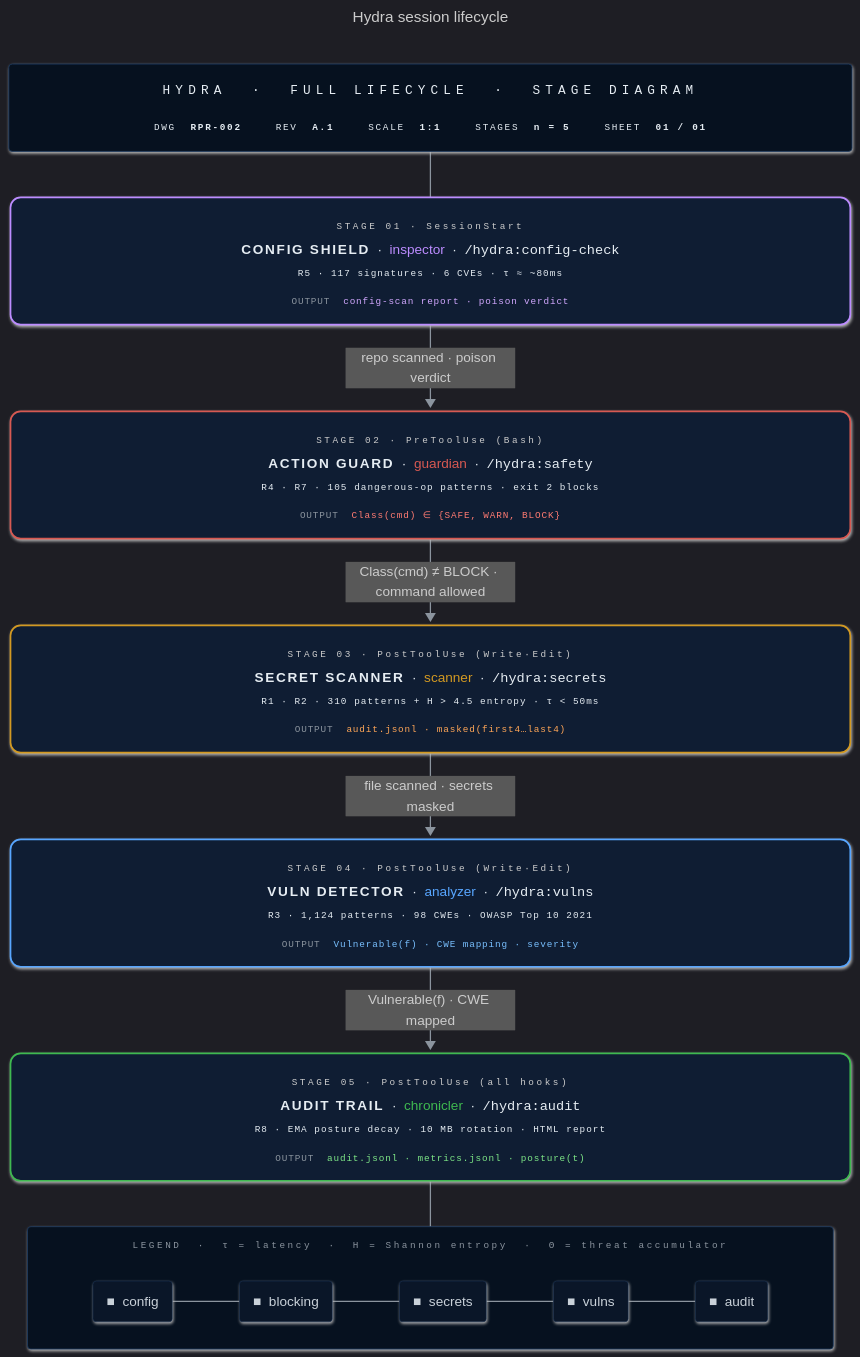
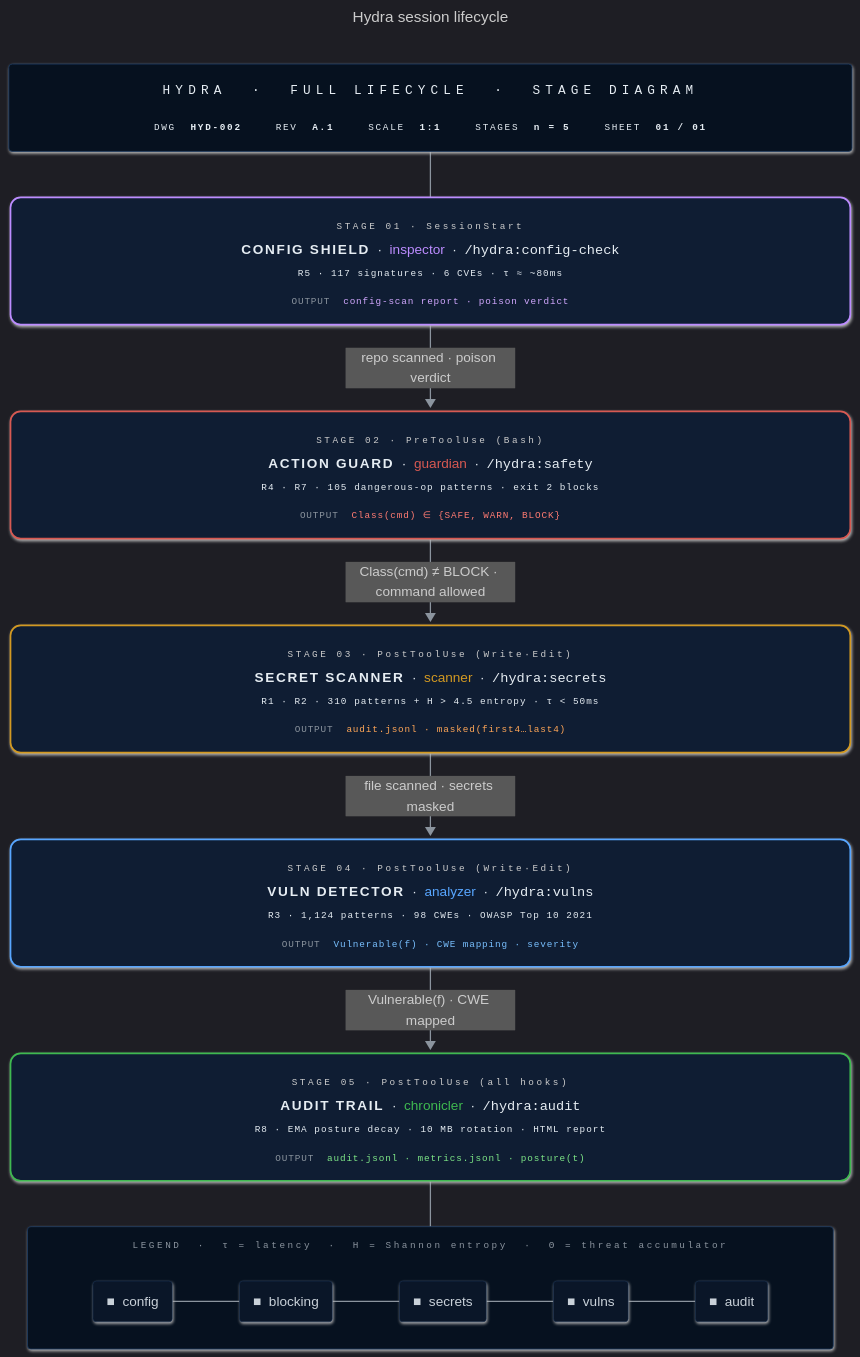
The diagram in docs/assets/lifecycle.mmd (enchanter-ai/hydra), drawn with Mermaid before and after one commit. The commit also changed 2 other files, not shown here.

Commit message:
fix: update old 3-letter drawing codes in .mmd title blocks

```diff
--- a/docs/assets/lifecycle.mmd
+++ b/docs/assets/lifecycle.mmd
@@ -1,55 +1,55 @@
 ---
 title: Hydra session lifecycle
 config:
   look: neo
   theme: dark
   flowchart:
     curve: basis
     padding: 18
     nodeSpacing: 44
     rankSpacing: 54
     htmlLabels: true
     subGraphTitleMargin:
       top: 14
       bottom: 18
 ---
 flowchart TB
-    TitleBlock["<div style='font-family:ui-monospace,SFMono-Regular,Consolas,monospace;text-align:center;min-width:940px;padding:6px 10px;line-height:1.8'><div style='color:#58a6ff;font-size:15px;letter-spacing:6px;border-bottom:1px solid #1e3a5f;padding-bottom:10px;margin-bottom:10px'>HYDRA &nbsp;·&nbsp; FULL&nbsp;LIFECYCLE &nbsp;·&nbsp; STAGE&nbsp;DIAGRAM</div><div style='display:flex;gap:40px;justify-content:center;font-size:11px;color:#8b949e;letter-spacing:2px'><span>DWG&nbsp;&nbsp;<b style='color:#e6edf3'>RPR-002</b></span><span>REV&nbsp;&nbsp;<b style='color:#e6edf3'>A.1</b></span><span>SCALE&nbsp;&nbsp;<b style='color:#e6edf3'>1:1</b></span><span>STAGES&nbsp;&nbsp;<b style='color:#e6edf3'>n&nbsp;=&nbsp;5</b></span><span>SHEET&nbsp;&nbsp;<b style='color:#e6edf3'>01&nbsp;/&nbsp;01</b></span></div></div>"]
+    TitleBlock["<div style='font-family:ui-monospace,SFMono-Regular,Consolas,monospace;text-align:center;min-width:940px;padding:6px 10px;line-height:1.8'><div style='color:#58a6ff;font-size:15px;letter-spacing:6px;border-bottom:1px solid #1e3a5f;padding-bottom:10px;margin-bottom:10px'>HYDRA &nbsp;·&nbsp; FULL&nbsp;LIFECYCLE &nbsp;·&nbsp; STAGE&nbsp;DIAGRAM</div><div style='display:flex;gap:40px;justify-content:center;font-size:11px;color:#8b949e;letter-spacing:2px'><span>DWG&nbsp;&nbsp;<b style='color:#e6edf3'>HYD-002</b></span><span>REV&nbsp;&nbsp;<b style='color:#e6edf3'>A.1</b></span><span>SCALE&nbsp;&nbsp;<b style='color:#e6edf3'>1:1</b></span><span>STAGES&nbsp;&nbsp;<b style='color:#e6edf3'>n&nbsp;=&nbsp;5</b></span><span>SHEET&nbsp;&nbsp;<b style='color:#e6edf3'>01&nbsp;/&nbsp;01</b></span></div></div>"]
 
     A["<div style='text-align:center;min-width:940px;line-height:2;padding:4px 8px'><div><span style='font-family:ui-monospace,monospace;color:#8b949e;font-size:11px;letter-spacing:3px'>STAGE&nbsp;01&nbsp;·&nbsp;SessionStart</span></div><div style='line-height:1.8'><b style='letter-spacing:2px'>CONFIG&nbsp;SHIELD</b>&nbsp;&nbsp;·&nbsp;&nbsp;<span style='color:#bc8cff'>inspector</span>&nbsp;&nbsp;·&nbsp;&nbsp;<code style='color:#e6edf3'>/hydra:config-check</code></div><div style='color:#6e7681;font-size:11px;font-family:ui-monospace,monospace;letter-spacing:1.2px'>R5&nbsp;·&nbsp;117&nbsp;signatures&nbsp;·&nbsp;6&nbsp;CVEs&nbsp;·&nbsp;τ&nbsp;≈&nbsp;~80ms</div><div style='border-top:1px solid #1e3a5f;margin-top:6px;padding-top:6px;font-family:ui-monospace,monospace;font-size:11px;letter-spacing:1px'><span style='color:#8b949e'>OUTPUT</span>&nbsp;&nbsp;<span style='color:#d2a8ff'>config-scan report · poison verdict</span></div></div>"]
 
     B["<div style='text-align:center;min-width:940px;line-height:2;padding:4px 8px'><div><span style='font-family:ui-monospace,monospace;color:#8b949e;font-size:11px;letter-spacing:3px'>STAGE&nbsp;02&nbsp;·&nbsp;PreToolUse&nbsp;(Bash)</span></div><div style='line-height:1.8'><b style='letter-spacing:2px'>ACTION&nbsp;GUARD</b>&nbsp;&nbsp;·&nbsp;&nbsp;<span style='color:#d75952'>guardian</span>&nbsp;&nbsp;·&nbsp;&nbsp;<code style='color:#e6edf3'>/hydra:safety</code></div><div style='color:#6e7681;font-size:11px;font-family:ui-monospace,monospace;letter-spacing:1.2px'>R4 · R7&nbsp;·&nbsp;105&nbsp;dangerous-op&nbsp;patterns&nbsp;·&nbsp;exit&nbsp;2&nbsp;blocks</div><div style='border-top:1px solid #1e3a5f;margin-top:6px;padding-top:6px;font-family:ui-monospace,monospace;font-size:11px;letter-spacing:1px'><span style='color:#8b949e'>OUTPUT</span>&nbsp;&nbsp;<span style='color:#ff7b72'>Class(cmd) ∈ {SAFE, WARN, BLOCK}</span></div></div>"]
 
     C["<div style='text-align:center;min-width:940px;line-height:2;padding:4px 8px'><div><span style='font-family:ui-monospace,monospace;color:#8b949e;font-size:11px;letter-spacing:3px'>STAGE&nbsp;03&nbsp;·&nbsp;PostToolUse&nbsp;(Write·Edit)</span></div><div style='line-height:1.8'><b style='letter-spacing:2px'>SECRET&nbsp;SCANNER</b>&nbsp;&nbsp;·&nbsp;&nbsp;<span style='color:#d29922'>scanner</span>&nbsp;&nbsp;·&nbsp;&nbsp;<code style='color:#e6edf3'>/hydra:secrets</code></div><div style='color:#6e7681;font-size:11px;font-family:ui-monospace,monospace;letter-spacing:1.2px'>R1 · R2&nbsp;·&nbsp;310&nbsp;patterns&nbsp;+&nbsp;H&nbsp;&gt;&nbsp;4.5&nbsp;entropy&nbsp;·&nbsp;τ&nbsp;&lt;&nbsp;50ms</div><div style='border-top:1px solid #1e3a5f;margin-top:6px;padding-top:6px;font-family:ui-monospace,monospace;font-size:11px;letter-spacing:1px'><span style='color:#8b949e'>OUTPUT</span>&nbsp;&nbsp;<span style='color:#ffa657'>audit.jsonl · masked(first4…last4)</span></div></div>"]
 
     D["<div style='text-align:center;min-width:940px;line-height:2;padding:4px 8px'><div><span style='font-family:ui-monospace,monospace;color:#8b949e;font-size:11px;letter-spacing:3px'>STAGE&nbsp;04&nbsp;·&nbsp;PostToolUse&nbsp;(Write·Edit)</span></div><div style='line-height:1.8'><b style='letter-spacing:2px'>VULN&nbsp;DETECTOR</b>&nbsp;&nbsp;·&nbsp;&nbsp;<span style='color:#58a6ff'>analyzer</span>&nbsp;&nbsp;·&nbsp;&nbsp;<code style='color:#e6edf3'>/hydra:vulns</code></div><div style='color:#6e7681;font-size:11px;font-family:ui-monospace,monospace;letter-spacing:1.2px'>R3&nbsp;·&nbsp;1,124&nbsp;patterns&nbsp;·&nbsp;98&nbsp;CWEs&nbsp;·&nbsp;OWASP&nbsp;Top&nbsp;10&nbsp;2021</div><div style='border-top:1px solid #1e3a5f;margin-top:6px;padding-top:6px;font-family:ui-monospace,monospace;font-size:11px;letter-spacing:1px'><span style='color:#8b949e'>OUTPUT</span>&nbsp;&nbsp;<span style='color:#79c0ff'>Vulnerable(f) · CWE mapping · severity</span></div></div>"]
 
     E["<div style='text-align:center;min-width:940px;line-height:2;padding:4px 8px'><div><span style='font-family:ui-monospace,monospace;color:#8b949e;font-size:11px;letter-spacing:3px'>STAGE&nbsp;05&nbsp;·&nbsp;PostToolUse&nbsp;(all&nbsp;hooks)</span></div><div style='line-height:1.8'><b style='letter-spacing:2px'>AUDIT&nbsp;TRAIL</b>&nbsp;&nbsp;·&nbsp;&nbsp;<span style='color:#3fb950'>chronicler</span>&nbsp;&nbsp;·&nbsp;&nbsp;<code style='color:#e6edf3'>/hydra:audit</code></div><div style='color:#6e7681;font-size:11px;font-family:ui-monospace,monospace;letter-spacing:1.2px'>R8&nbsp;·&nbsp;EMA&nbsp;posture&nbsp;decay&nbsp;·&nbsp;10&nbsp;MB&nbsp;rotation&nbsp;·&nbsp;HTML&nbsp;report</div><div style='border-top:1px solid #1e3a5f;margin-top:6px;padding-top:6px;font-family:ui-monospace,monospace;font-size:11px;letter-spacing:1px'><span style='color:#8b949e'>OUTPUT</span>&nbsp;&nbsp;<span style='color:#7ee787'>audit.jsonl · metrics.jsonl · posture(t)</span></div></div>"]
 
     subgraph Legend["<div style='font-family:ui-monospace,monospace;color:#8b949e;font-size:11px;letter-spacing:3px;min-width:940px;text-align:center'>LEGEND&nbsp;&nbsp;·&nbsp;&nbsp;τ&nbsp;=&nbsp;latency&nbsp;&nbsp;·&nbsp;&nbsp;H&nbsp;=&nbsp;Shannon&nbsp;entropy&nbsp;&nbsp;·&nbsp;&nbsp;Θ&nbsp;=&nbsp;threat&nbsp;accumulator</div>"]
         direction LR
         lg1["<span style='color:#bc8cff'>■</span>&nbsp;&nbsp;config"] --- lg2["<span style='color:#d75952'>■</span>&nbsp;&nbsp;blocking"] --- lg3["<span style='color:#d29922'>■</span>&nbsp;&nbsp;secrets"] --- lg4["<span style='color:#58a6ff'>■</span>&nbsp;&nbsp;vulns"] --- lg5["<span style='color:#3fb950'>■</span>&nbsp;&nbsp;audit"]
     end
 
     TitleBlock ~~~ A
     A ==>|"repo scanned · poison verdict"| B
     B ==>|"Class(cmd) ≠ BLOCK · command allowed"| C
     C ==>|"file scanned · secrets masked"| D
     D ==>|"Vulnerable(f) · CWE mapped"| E
     E ~~~ Legend
 
     classDef titleBlock fill:#06111f,stroke:#1e3a5f,stroke-width:1px,color:#e6edf3,rx:4,ry:4
     classDef legend fill:#06111f,stroke:#1e3a5f,stroke-width:1px,color:#8b949e,rx:4,ry:4
     classDef legendItem fill:#0a1628,stroke:#1e3a5f,stroke-width:0.5px,color:#c9d1d9,rx:4,ry:4
 
     class TitleBlock titleBlock
     class Legend legend
     class lg1,lg2,lg3,lg4,lg5 legendItem
 
     style A fill:#0f1d33,stroke:#bc8cff,stroke-width:2px,color:#e6edf3,rx:12,ry:12
     style B fill:#0f1d33,stroke:#d75952,stroke-width:2px,color:#e6edf3,rx:12,ry:12
     style C fill:#0f1d33,stroke:#d29922,stroke-width:2px,color:#e6edf3,rx:12,ry:12
     style D fill:#0f1d33,stroke:#58a6ff,stroke-width:2px,color:#e6edf3,rx:12,ry:12
     style E fill:#0f1d33,stroke:#3fb950,stroke-width:2px,color:#e6edf3,rx:12,ry:12
 
     linkStyle default stroke:#8b949e,stroke-width:1.5px
```
